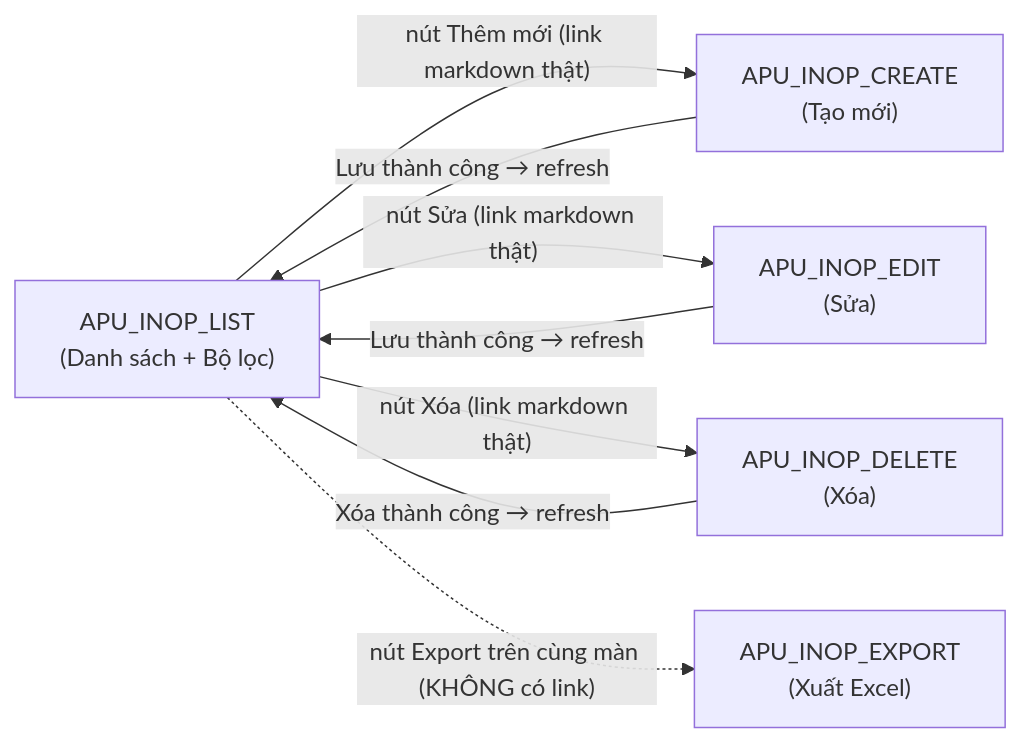
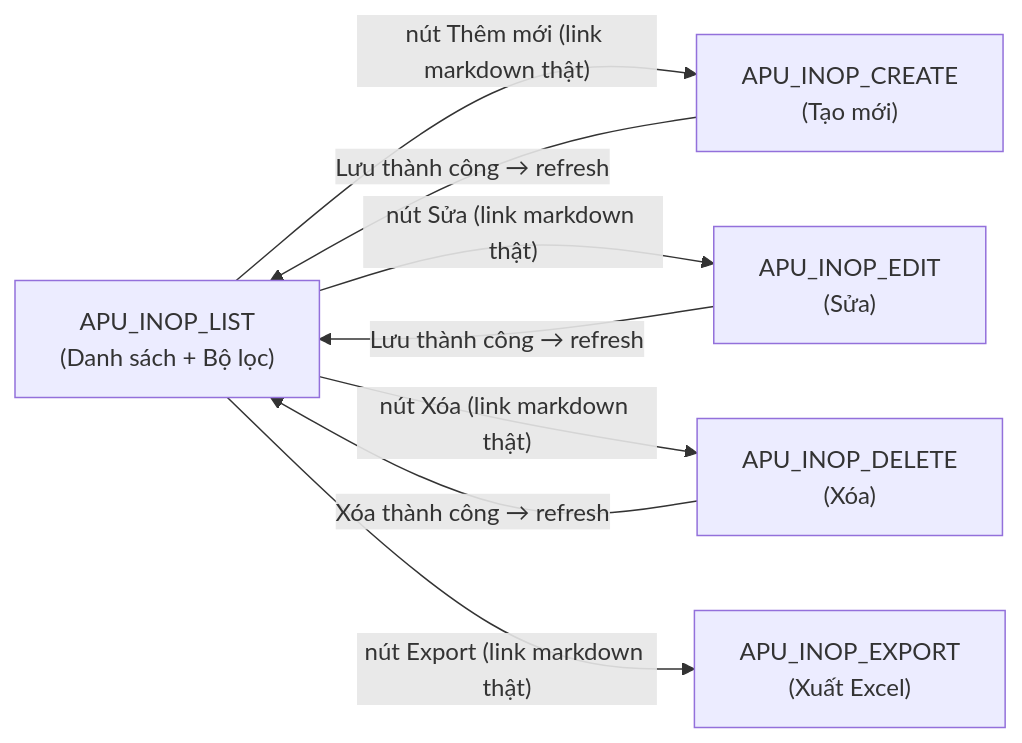
The diagram in DM-data-maintenance/srs/_parts/TOSS.DM.APU/TOSS.DM.APU.MD.v0.1.md (lychuyen/Mockup), drawn with Mermaid before and after one commit. The commit also changed other lines of this file and 3 other files, not shown here.

First line of the commit message:
fix(sync): xu ly 2 bat thuong nhom TOSS.DM.APU (Export link, quy tac chuyen trang thai)

````diff
--- a/DM-data-maintenance/srs/_parts/TOSS.DM.APU/TOSS.DM.APU.MD.v0.1.md
+++ b/DM-data-maintenance/srs/_parts/TOSS.DM.APU/TOSS.DM.APU.MD.v0.1.md
@@ -51,16 +51,16 @@
 ```mermaid
 flowchart LR
     LIST["APU_INOP_LIST<br/>(Danh sách + Bộ lọc)"]
     CREATE["APU_INOP_CREATE<br/>(Tạo mới)"]
     EDIT["APU_INOP_EDIT<br/>(Sửa)"]
     DELETE["APU_INOP_DELETE<br/>(Xóa)"]
     EXPORT["APU_INOP_EXPORT<br/>(Xuất Excel)"]
 
     LIST -->|"nút Thêm mới (link markdown thật)"| CREATE
     LIST -->|"nút Sửa (link markdown thật)"| EDIT
     LIST -->|"nút Xóa (link markdown thật)"| DELETE
-    LIST -.->|"nút Export trên cùng màn (KHÔNG có link)"| EXPORT
+    LIST -->|"nút Export (link markdown thật)"| EXPORT
     CREATE -->|"Lưu thành công → refresh"| LIST
     EDIT -->|"Lưu thành công → refresh"| LIST
     DELETE -->|"Xóa thành công → refresh"| LIST
 ```
````
